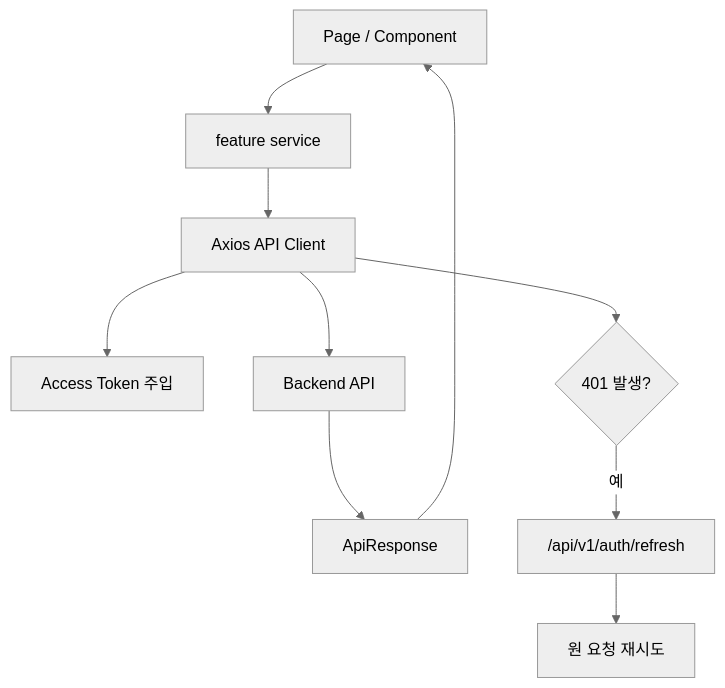
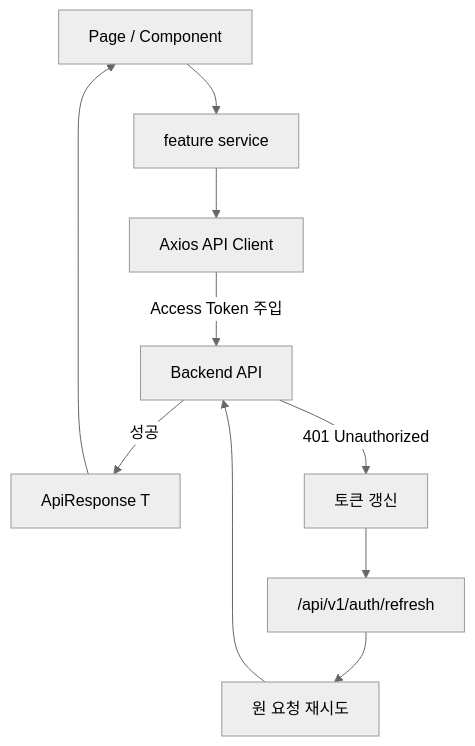
The fifth of 12 diagrams in core-banking/PORTFOLIO.md (wantedhooni/portfolio), drawn with Mermaid (neutral theme) before and after one commit. The commit also changed other lines of this file and 1 other file, not shown here.

````diff
--- a/core-banking/PORTFOLIO.md
+++ b/core-banking/PORTFOLIO.md
@@ -222,12 +287,12 @@
 ```mermaid
 flowchart TD
     page["Page / Component"] --> service["feature service"]
     service --> axios["Axios API Client"]
-    axios --> token["Access Token 주입"]
-    axios --> api["Backend API"]
-    api --> response["ApiResponse<T>"]
+    axios -->|Access Token 주입| api["Backend API"]
+    api -->|성공| response["ApiResponse T"]
     response --> page
-    axios --> refresh{"401 발생?"}
-    refresh -->|예| refreshApi["/api/v1/auth/refresh"]
+    api -->|401 Unauthorized| refresh["토큰 갱신"]
+    refresh --> refreshApi["/api/v1/auth/refresh"]
     refreshApi --> retry["원 요청 재시도"]
+    retry --> api
 ```
````
